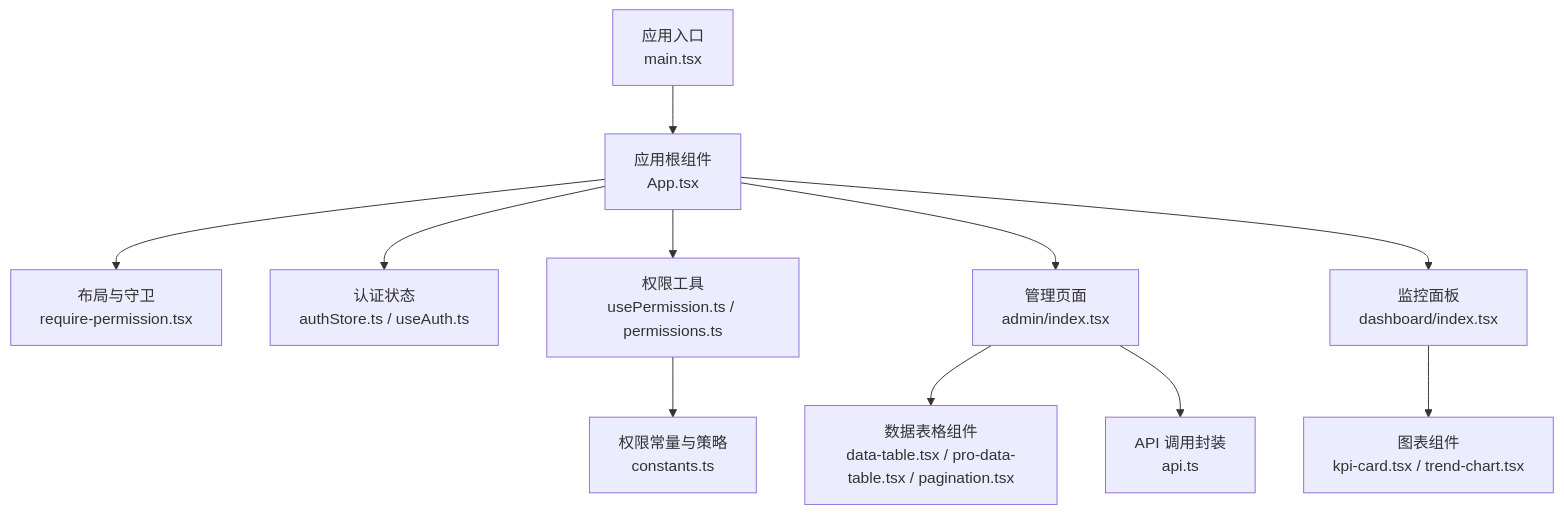
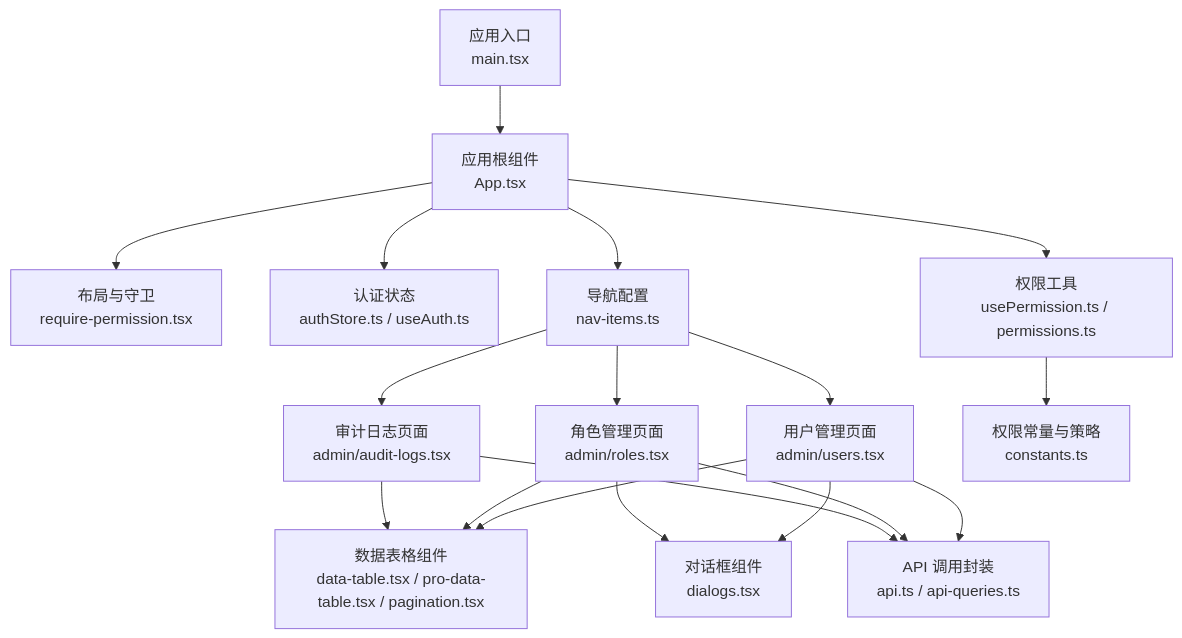
The first of 9 diagrams in .qoder/repowiki/zh/content/页面组件/管理系统页面.md (Damao997/newproject), drawn with Mermaid before and after one commit. The commit also changed other lines of this file and 10 other files, not shown here.

````diff
--- a/.qoder/repowiki/zh/content/页面组件/管理系统页面.md
+++ b/.qoder/repowiki/zh/content/页面组件/管理系统页面.md
@@ -46,13 +59,20 @@
 ```mermaid
 graph TB
 A["应用入口<br/>main.tsx"] --> B["应用根组件<br/>App.tsx"]
 B --> C["布局与守卫<br/>require-permission.tsx"]
 B --> D["认证状态<br/>authStore.ts / useAuth.ts"]
 B --> E["权限工具<br/>usePermission.ts / permissions.ts"]
-B --> F["管理页面<br/>admin/index.tsx"]
-B --> G["监控面板<br/>dashboard/index.tsx"]
-F --> H["数据表格组件<br/>data-table.tsx / pro-data-table.tsx / pagination.tsx"]
-G --> I["图表组件<br/>kpi-card.tsx / trend-chart.tsx"]
-E --> J["权限常量与策略<br/>constants.ts"]
-F --> K["API 调用封装<br/>api.ts"]
+B --> F["导航配置<br/>nav-items.ts"]
+F --> G["用户管理页面<br/>admin/users.tsx"]
+F --> H["角色管理页面<br/>admin/roles.tsx"]
+F --> I["审计日志页面<br/>admin/audit-logs.tsx"]
+G --> J["数据表格组件<br/>data-table.tsx / pro-data-table.tsx / pagination.tsx"]
+H --> J
+I --> J
+E --> K["权限常量与策略<br/>constants.ts"]
+G --> L["API 调用封装<br/>api.ts / api-queries.ts"]
+H --> L
+I --> L
+G --> M["对话框组件<br/>dialogs.tsx"]
+H --> M
 ```
````
